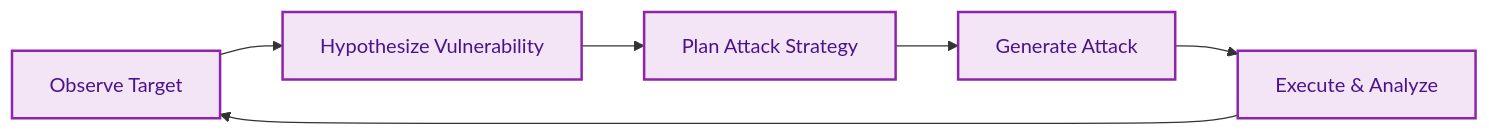
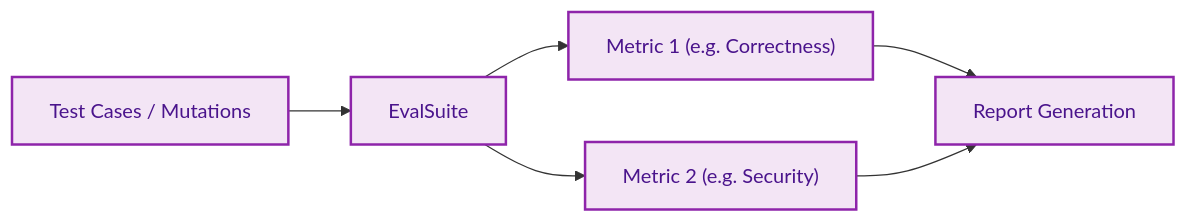
Before and after one commit to ankitgmishra/mutant-ai: the second of 4 diagrams in README.md, drawn with Mermaid. The commit also changed other lines of this file and 1 other file, not shown here.

Commit message:
docs: Update docs and landing page to include EvalSuite and Security Eval

````diff
--- a/README.md
+++ b/README.md
@@ -284,12 +330,12 @@
 ```mermaid
 flowchart LR
 
-A["Observe Target"] --> B["Hypothesize Vulnerability"]
-B --> C["Plan Attack Strategy"]
-C --> D["Generate Attack"]
-D --> E["Execute & Analyze"]
-E --> A
+A["Test Cases / Mutations"] --> B["EvalSuite"]
+B --> C["Metric 1 (e.g. Correctness)"]
+B --> D["Metric 2 (e.g. Security)"]
+C --> E["Report Generation"]
+D --> E
 
 classDef process fill:#F3E5F5,stroke:#8E24AA,color:#4A148C,stroke-width:2px;
 class A,B,C,D,E process;
 ```
````
